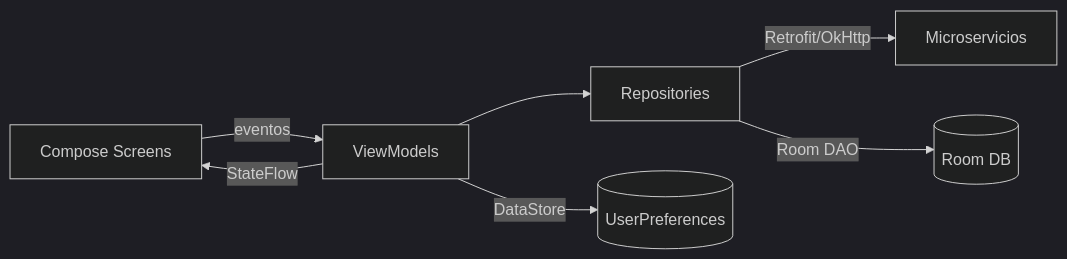
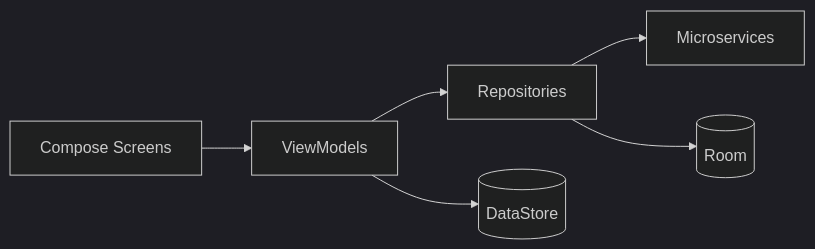
Before and after one commit to JM-48/LeaseFlow-App-: the diagram in README.md, drawn with Mermaid (dark theme). The commit also changed other lines of this file and 2 other files, not shown here.

````diff
--- a/README.md
+++ b/README.md
@@ -71,11 +75,8 @@
 ```mermaid
 flowchart LR
-  UI[Compose Screens] -->|eventos| VM[ViewModels]
-  VM -->|StateFlow| UI
-
+  UI[Compose Screens] --> VM[ViewModels]
   VM --> REPO[Repositories]
-
-  REPO -->|Retrofit/OkHttp| API[Microservicios]
-  REPO -->|Room DAO| DB[(Room DB)]
-  VM -->|DataStore| PREFS[(UserPreferences)]
+  REPO --> API[Microservices]
+  REPO --> DB[(Room)]
+  VM --> PREFS[(DataStore)]
 ```
````
